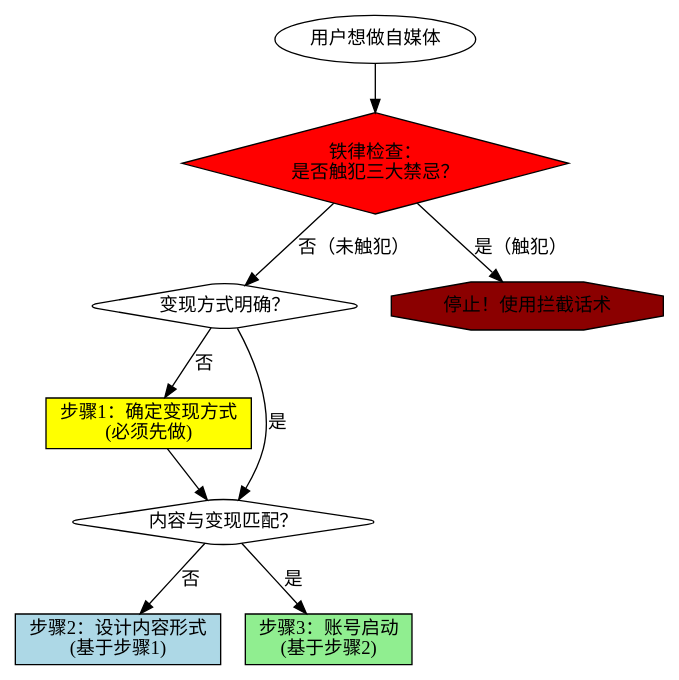
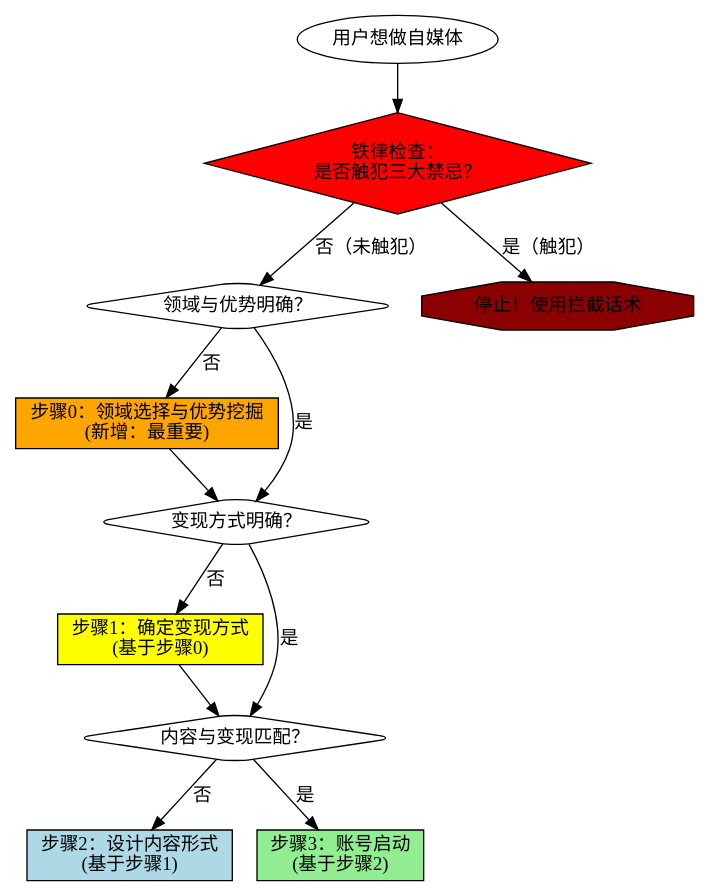
Before and after one commit to qingchunwuhui/xianfengAISkills: the diagram in skills/ip-monetization-design/SKILL.md, drawn with Graphviz. The commit also changed other lines of this file and 7 other files, not shown here.

````diff
--- a/skills/ip-monetization-design/SKILL.md
+++ b/skills/ip-monetization-design/SKILL.md
@@ -58,25 +58,30 @@
 ```dot
 digraph monetization_flow {
     node [shape=box, style=rounded];
 
     start [label="用户想做自媒体", shape=ellipse];
     iron_law [label="铁律检查：\n是否触犯三大禁忌？", shape=diamond, style="filled", fillcolor="red"];
-    step1 [label="步骤1：确定变现方式\n(必须先做)", style="filled", fillcolor="yellow"];
+    step0 [label="步骤0：领域选择与优势挖掘\n(新增：最重要)", style="filled", fillcolor="orange"];
+    step1 [label="步骤1：确定变现方式\n(基于步骤0)", style="filled", fillcolor="yellow"];
     step2 [label="步骤2：设计内容形式\n(基于步骤1)", style="filled", fillcolor="lightblue"];
     step3 [label="步骤3：账号启动\n(基于步骤2)", style="filled", fillcolor="lightgreen"];
 
+    check0 [label="领域与优势明确？", shape=diamond];
     check1 [label="变现方式明确？", shape=diamond];
     check2 [label="内容与变现匹配？", shape=diamond];
 
     stop [label="停止！使用拦截话术", shape=octagon, style="filled", fillcolor="darkred"];
 
     start -> iron_law;
     iron_law -> stop [label="是（触犯）"];
-    iron_law -> check1 [label="否（未触犯）"];
+    iron_law -> check0 [label="否（未触犯）"];
+    check0 -> step0 [label="否"];
+    check0 -> check1 [label="是"];
+    step0 -> check1;
     check1 -> step1 [label="否"];
     check1 -> check2 [label="是"];
     step1 -> check2;
     check2 -> step2 [label="否"];
     check2 -> step3 [label="是"];
 }
 ```
````
